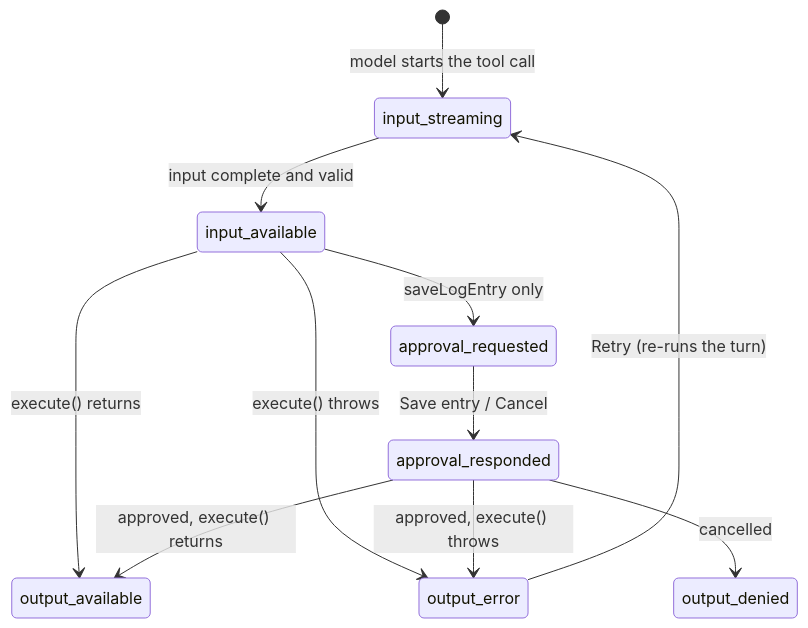
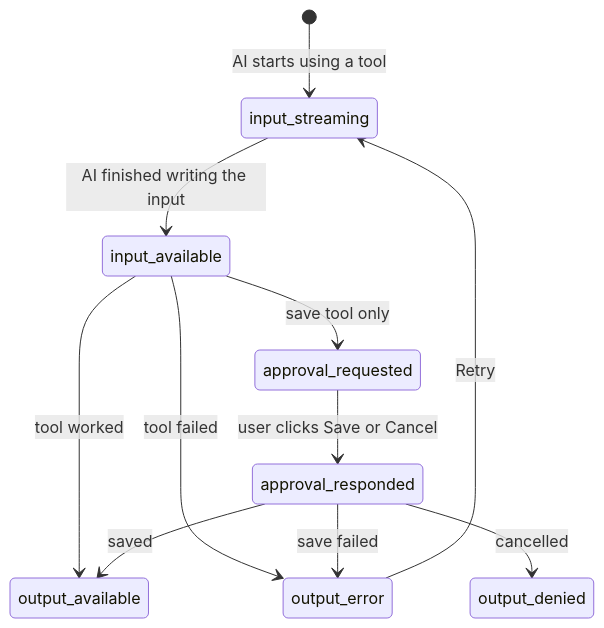
One commit to AqsaSaqib/FlyRank_Internship_Frontend_AI_Engineering changed the diagram in Week5_Task/Tool_results_and_structured_output_in_the_UI/README.md. Above: the diagram before and after it, drawn with Mermaid. The commit also changed other lines of this file, not shown here.

````diff
--- a/Week5_Task/Tool_results_and_structured_output_in_the_UI/README.md
+++ b/Week5_Task/Tool_results_and_structured_output_in_the_UI/README.md
@@ -138,13 +188,13 @@
 ```mermaid
 stateDiagram-v2
-  [*] --> input_streaming: model starts the tool call
-  input_streaming --> input_available: input complete and valid
-  input_available --> output_available: execute() returns
-  input_available --> output_error: execute() throws
-  input_available --> approval_requested: saveLogEntry only
-  approval_requested --> approval_responded: Save entry / Cancel
-  approval_responded --> output_available: approved, execute() returns
-  approval_responded --> output_error: approved, execute() throws
+  [*] --> input_streaming: AI starts using a tool
+  input_streaming --> input_available: AI finished writing the input
+  input_available --> output_available: tool worked
+  input_available --> output_error: tool failed
+  input_available --> approval_requested: save tool only
+  approval_requested --> approval_responded: user clicks Save or Cancel
+  approval_responded --> output_available: saved
+  approval_responded --> output_error: save failed
   approval_responded --> output_denied: cancelled
-  output_error --> input_streaming: Retry (re-runs the turn)
+  output_error --> input_streaming: Retry
 ```
````
